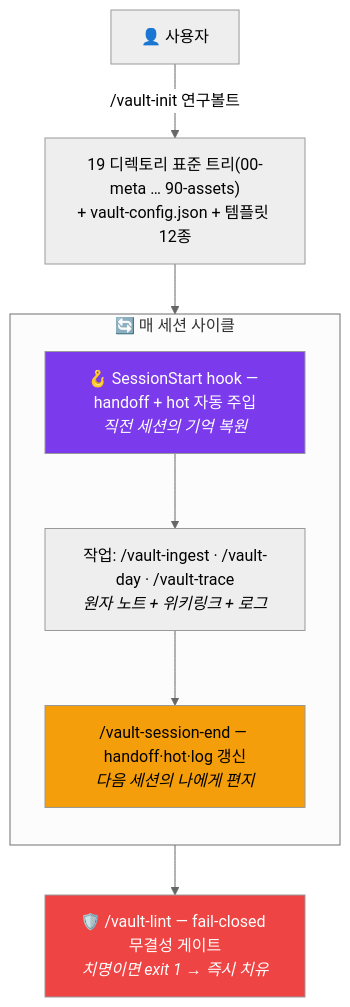
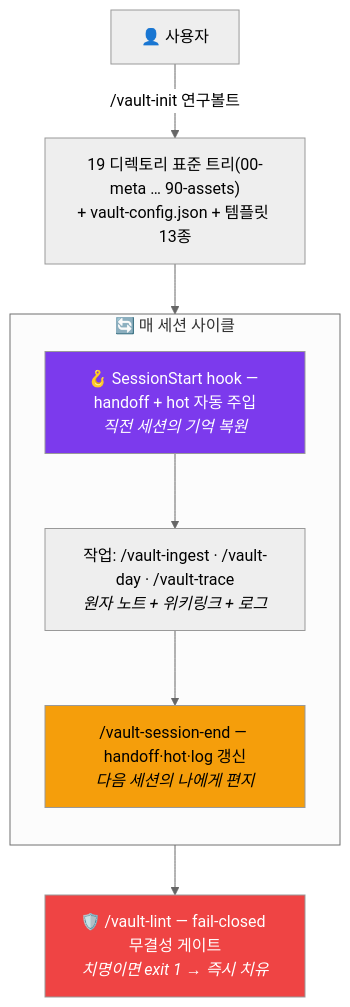
Before and after one commit to Technoetic/agentic-vault: the first of 5 diagrams in README.md, drawn with Mermaid (neutral theme). The commit also changed other lines of this file and 6 other files, not shown here.

````diff
--- a/README.md
+++ b/README.md
@@ -38,17 +38,17 @@
 ```mermaid
 flowchart TB
-    U["👤 사용자"] -- "/vault-init 연구볼트" --> T["19 디렉토리 표준 트리(00-meta … 90-assets)<br/>+ vault-config.json + 템플릿 12종"]
+    U["👤 사용자"] -- "/vault-init 연구볼트" --> T["19 디렉토리 표준 트리(00-meta … 90-assets)<br/>+ vault-config.json + 템플릿 13종"]
     subgraph CYCLE["🔄 매 세션 사이클"]
         direction TB
         H["🪝 SessionStart hook — handoff + hot 자동 주입<br/><i>직전 세션의 기억 복원</i>"]
         W["작업: /vault-ingest · /vault-day · /vault-trace<br/><i>원자 노트 + 위키링크 + 로그</i>"]
         E["/vault-session-end — handoff·hot·log 갱신<br/><i>다음 세션의 나에게 편지</i>"]
         H --> W --> E
     end
     T --> CYCLE
     CYCLE --> L["🛡️ /vault-lint — fail-closed 무결성 게이트<br/><i>치명이면 exit 1 → 즉시 치유</i>"]
 
     style H fill:#7C3AED,color:#fff
     style E fill:#F59E0B,color:#000
     style L fill:#EF4444,color:#fff
 ```
````
